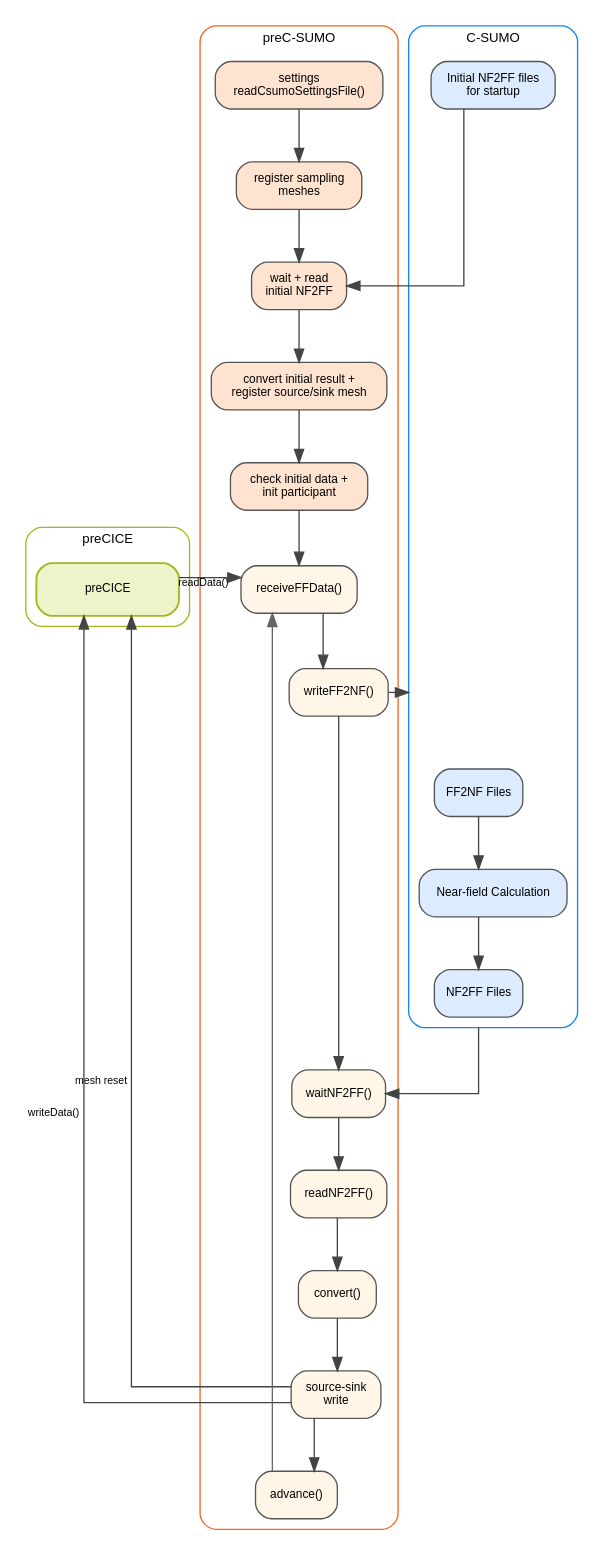
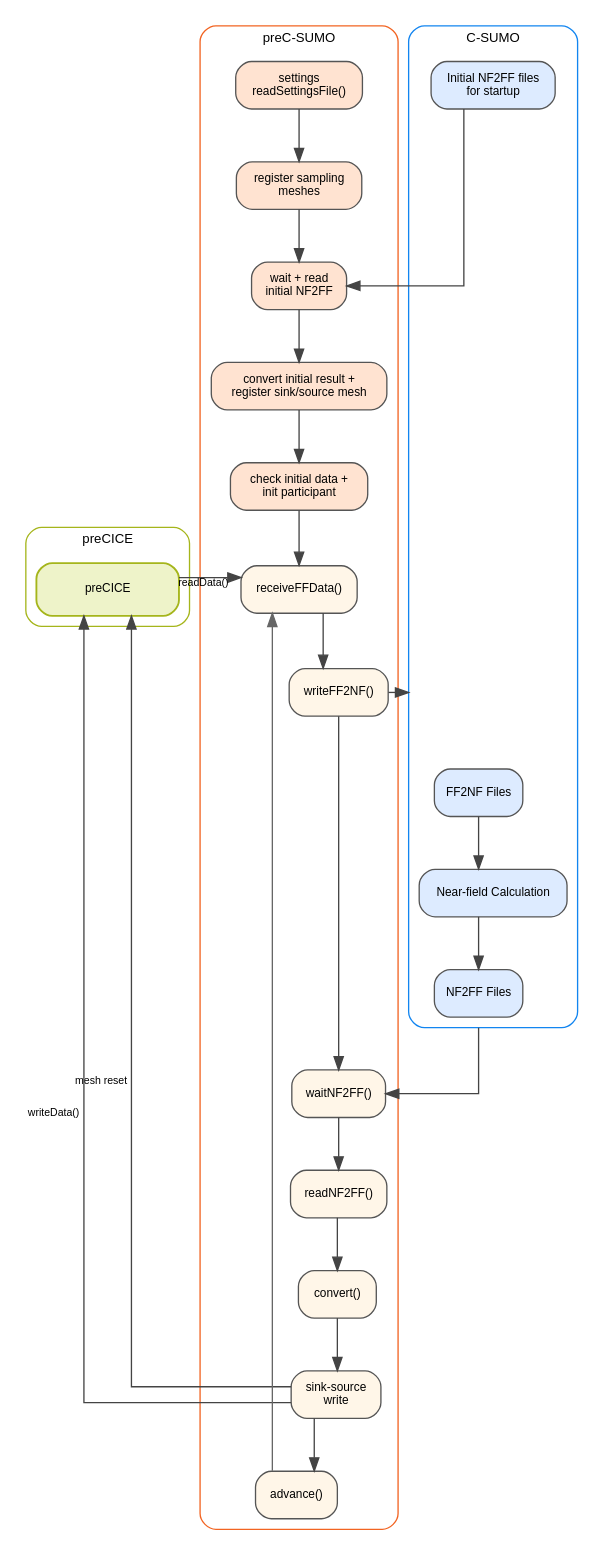
Before and after one commit to Deltares/Delft3D: the diagram in src/tools_gpl/pre_c_sumo/docs/include/preC_SUMO_Swimlanes.dot, drawn with Graphviz. The commit also changed 66 other files, not shown here.

```diff
--- a/src/tools_gpl/pre_c_sumo/docs/include/preC_SUMO_Swimlanes.dot
+++ b/src/tools_gpl/pre_c_sumo/docs/include/preC_SUMO_Swimlanes.dot
@@ -1,84 +1,84 @@
 digraph preCSUMOSwimlanes {
   rankdir=TB;
   newrank=true;
   compound=true;
   splines=ortho;
   nodesep=0.32;
   ranksep=0.55;
   fontname="Helvetica";
   fontsize=10;
 
   node [shape=box, style="rounded,filled", fontname="Helvetica", fontsize=9, color="#555555", fillcolor="#FFFFFF"];
   edge [fontname="Helvetica", fontsize=8, color="#444444"];
 
   subgraph cluster_precice {
     label="preCICE";
     color="#A5B51B";
     style="rounded";
 
     precice [
       label="preCICE",
       shape=box,
       style="rounded,filled",
       color="#A5B51B",
       fillcolor="#EEF3C9",
       penwidth=1.4,
       width=1.5,
       height=0.55,
       group="precice",
       URL="https://precice.org/docs.html",
       tooltip="preCICE coupling library"
     ];
   }
 
   subgraph cluster_precsumo {
     label="preC-SUMO";
     color="#F26422";
     style="rounded";
 
     node [group="precsumo"];
 
-    s0 [label="settings\nreadCsumoSettingsFile()", fillcolor="#FFE3D1", URL="\\ref pre_c_sumo::readCsumoSettingsFile", tooltip="Open readCsumoSettingsFile docs"];
+    s0 [label="settings\nreadSettingsFile()", fillcolor="#FFE3D1", URL="\\ref pre_c_sumo::c_sumo::readSettingsFile", tooltip="Open readSettingsFile docs"];
     s1 [label="register sampling\nmeshes", fillcolor="#FFE3D1", tooltip="Register preC-SUMO sampling meshes"];
-    s2 [label="wait + read\ninitial NF2FF", fillcolor="#FFE3D1", URL="\\ref pre_c_sumo::waitForNF2FFFiles", tooltip="Read initial NF2FF data before participant initialization"];
-    s3 [label="convert initial result +\nregister source/sink mesh", fillcolor="#FFE3D1", URL="\\ref pre_c_sumo::convertCSumoToPrecice", tooltip="Set up source/sink mesh from initial NF2FF data"];
+    s2 [label="wait + read\ninitial NF2FF", fillcolor="#FFE3D1", URL="\\ref pre_c_sumo::c_sumo::waitForNF2FFFiles", tooltip="Read initial NF2FF data before participant initialization"];
+    s3 [label="convert initial result +\nregister sink/source mesh", fillcolor="#FFE3D1", URL="\\ref pre_c_sumo::convertCSumoToPrecice", tooltip="Set up sink/source mesh from initial NF2FF data"];
     s4 [label="check initial data +\ninit participant", fillcolor="#FFE3D1", URL="\\ref pre_c_sumo::run()", tooltip="Reject required outgoing initial data, then initialize"];
 
-    l0 [label="receiveFFData()", fillcolor="#FFF6E8", URL="\\ref pre_c_sumo::receiveFFData", tooltip="Open receiveFFData docs"];
-    l1 [label="writeFF2NF()", fillcolor="#FFF6E8", URL="\\ref pre_c_sumo::writeFF2NFFiles", tooltip="Open writeFF2NFFiles docs"];
-    l2 [label="waitNF2FF()", fillcolor="#FFF6E8", URL="\\ref pre_c_sumo::waitForNF2FFFiles", tooltip="Open waitForNF2FFFiles docs"];
-    l3 [label="readNF2FF()", fillcolor="#FFF6E8", URL="\\ref pre_c_sumo::readNF2FFFiles", tooltip="Open readNF2FFFiles docs"];
+    l0 [label="receiveFFData()", fillcolor="#FFF6E8", URL="\\ref pre_c_sumo::precice::receiveFFData", tooltip="Open receiveFFData docs"];
+    l1 [label="writeFF2NF()", fillcolor="#FFF6E8", URL="\\ref pre_c_sumo::c_sumo::writeFF2NFFiles", tooltip="Open writeFF2NFFiles docs"];
+    l2 [label="waitNF2FF()", fillcolor="#FFF6E8", URL="\\ref pre_c_sumo::c_sumo::waitForNF2FFFiles", tooltip="Open waitForNF2FFFiles docs"];
+    l3 [label="readNF2FF()", fillcolor="#FFF6E8", URL="\\ref pre_c_sumo::c_sumo::readNF2FFFiles", tooltip="Open readNF2FFFiles docs"];
     l4 [label="convert()", fillcolor="#FFF6E8", URL="\\ref pre_c_sumo::convertCSumoToPrecice", tooltip="Open convertCSumoToPrecice docs"];
-    l5 [label="source-sink\nwrite", fillcolor="#FFF6E8", URL="\\ref pre_c_sumo_connected_sink_sources_write_to_precice", tooltip="Open writeConnectedSinkSources docs"];
+    l5 [label="sink-source\nwrite", fillcolor="#FFF6E8", URL="\\ref pre_c_sumo_sink_source_connections_write_to_precice", tooltip="Open writeSinkSourceConnections docs"];
     l6 [label="advance()", fillcolor="#FFF6E8", URL="\\ref pre_c_sumo::run()", tooltip="Open run() loop docs"];
     lane_left [label="", shape=point, width=0.01, height=0.01, style=invis];
 
     s0 -> s1 -> s2 -> s3 -> s4 -> l0 -> l1 -> l2 -> l3 -> l4 -> l5 -> l6;
     lane_left -> l0 [style=invis, weight=120];
     l6 -> l0 [color="#666666"];
   }
 
   { rank=same; precice; lane_left; l0; }
 
   precice -> lane_left [style=invis, weight=240, minlen=1];
 
   subgraph cluster_csumo {
     label="C-SUMO";
     color="#1285F0";
     style="rounded";
 
     c_initial [label="Initial NF2FF files\nfor startup", fillcolor="#DDEBFF", tooltip="Read before preCICE initialization"];
     c0 [label="FF2NF Files", fillcolor="#DDEBFF", tooltip="Produced by writeFF2NFFiles"];
     c1 [label="Near-field Calculation", fillcolor="#DDEBFF",  tooltip="External step consuming FF2NF and generating NF2FF files"];
     c2 [label="NF2FF Files", fillcolor="#DDEBFF", tooltip="Consumed by readNF2FFFiles"];
     c0 -> c1 -> c2;
   }
 
   c_initial -> s2 [constraint=false];
   precice:e -> l0:w [constraint=false, xlabel="readData()"];
   l5:w -> precice:se [constraint=false, xlabel="mesh reset"];
   l5:w -> precice:se [constraint=false, xlabel="writeData()"];
 
   l1 -> c0 [lhead=cluster_csumo];
   c2 -> l2 [ltail=cluster_csumo];
 }
```
